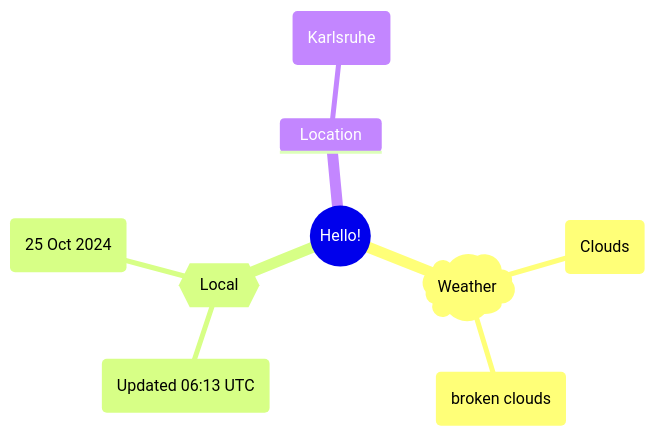
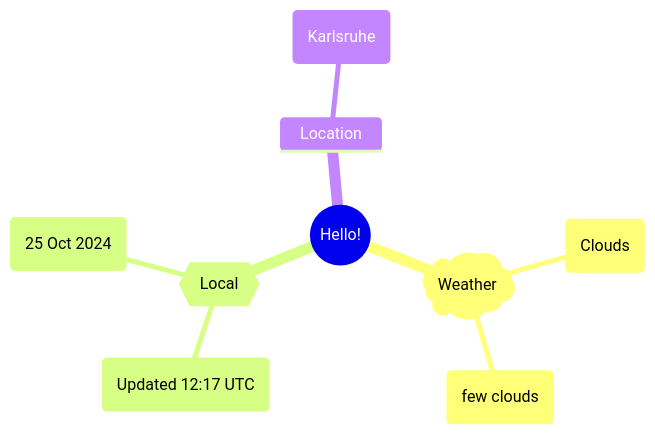
One commit to Xosrov/Xosrov changed the first of 2 diagrams in README.md. Above: the diagram before and after it, drawn with Mermaid.

Commit message:
[bot] updated images

````diff
--- a/README.md
+++ b/README.md
@@ -3,12 +3,12 @@
 ```mermaid
 mindmap
   root((Hello!))
     )Weather(
         (Clouds)
-        (broken clouds)
+        (few clouds)
     {{Local}}
-        (Updated 06:13 UTC)
+        (Updated 12:17 UTC)
         (25 Oct 2024)
     Location
         (Karlsruhe)
 ```
````
